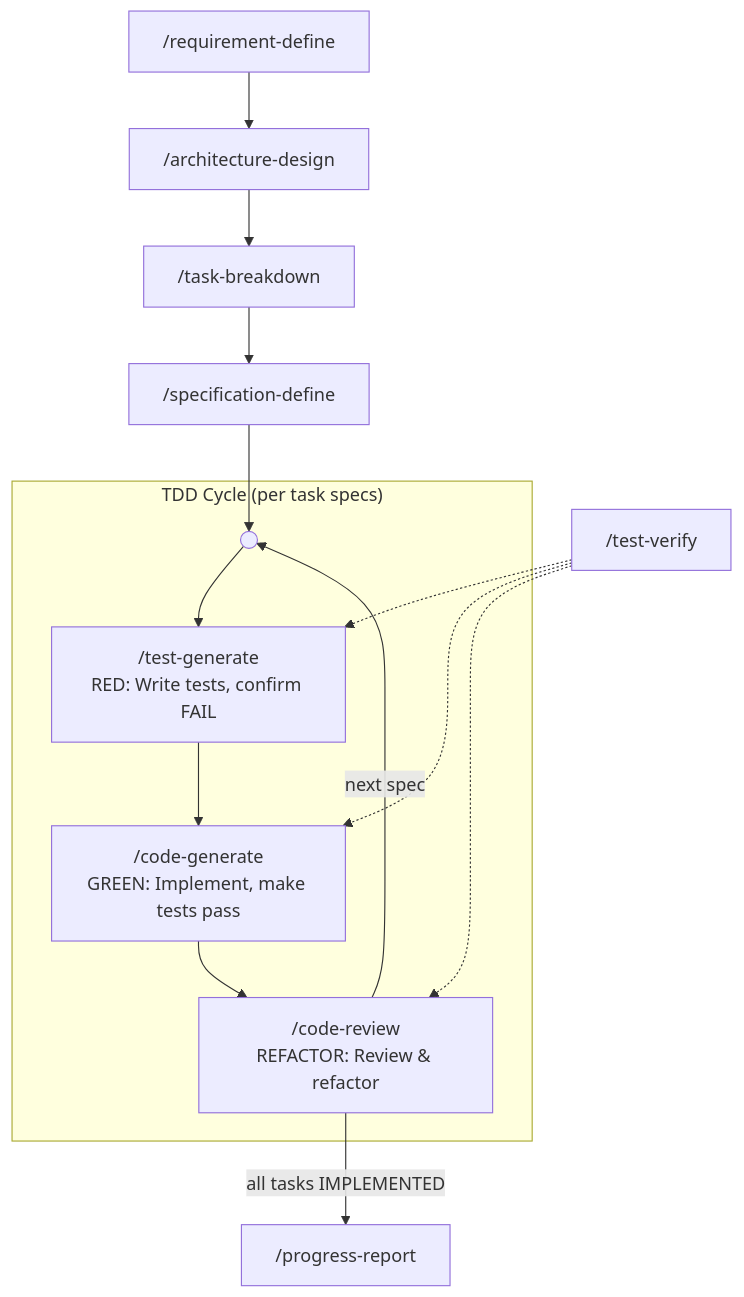
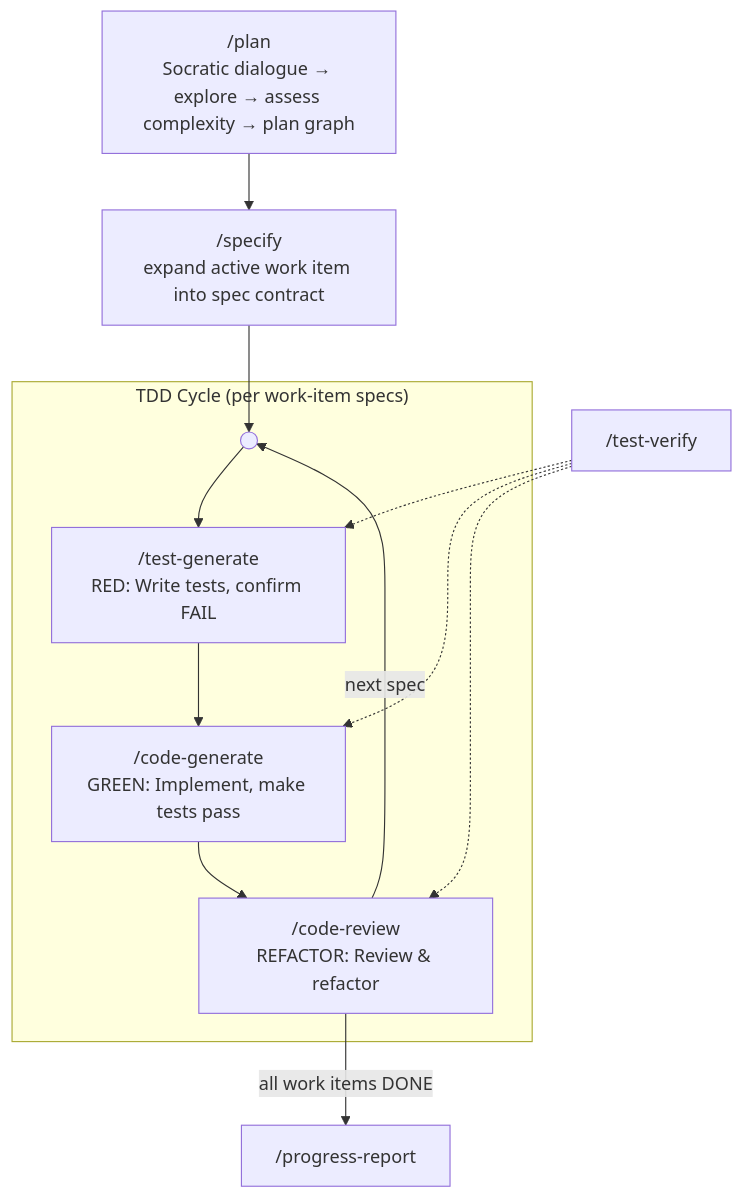
The diagram in README.md (theLittleStone/SpecForge), drawn with Mermaid before and after one commit. The commit also changed other lines of this file and 16 other files, not shown here.

````diff
--- a/README.md
+++ b/README.md
@@ -38,22 +38,21 @@
 ```mermaid
 flowchart TD
-    REQ["/requirement-define"] --> ARCH["/architecture-design"]
-    ARCH --> TASK["/task-breakdown"]
-    TASK --> SPEC["/specification-define"]
+    PLAN["/plan<br/>Socratic dialogue → explore → assess complexity → plan graph"]
+    PLAN --> SPEC["/specify<br/>expand active work item into spec contract"]
 
     SPEC --> ENTRY(( ))
 
-    subgraph TDD["TDD Cycle (per task specs)"]
+    subgraph TDD["TDD Cycle (per work-item specs)"]
         ENTRY --> RED["/test-generate<br/>RED: Write tests, confirm FAIL"]
         RED --> GREEN["/code-generate<br/>GREEN: Implement, make tests pass"]
         GREEN --> REFACTOR["/code-review<br/>REFACTOR: Review & refactor"]
         REFACTOR -->|next spec| ENTRY
     end
 
     TEST["/test-verify"]
     TEST -.-> RED
     TEST -.-> GREEN
     TEST -.-> REFACTOR
 
-    REFACTOR -->|all tasks IMPLEMENTED| REPORT["/progress-report"]
+    REFACTOR -->|all work items DONE| REPORT["/progress-report"]
 ```
````
